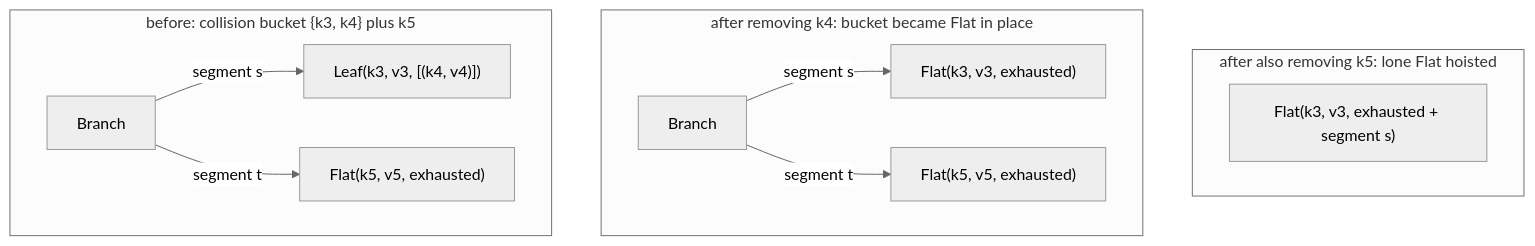
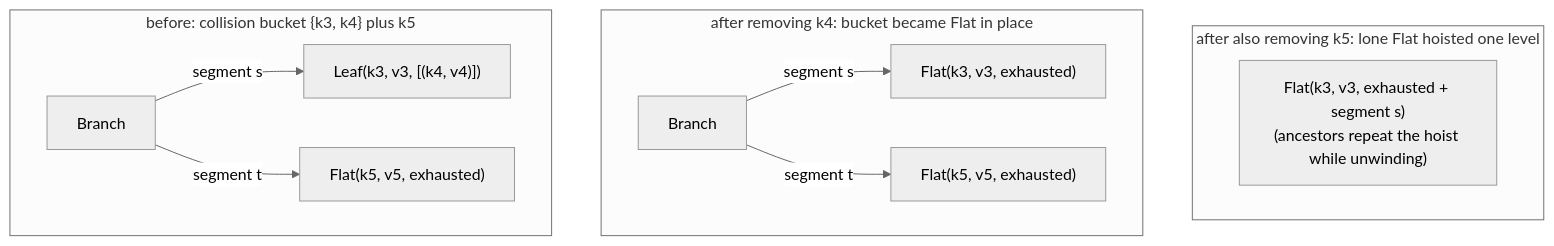
One commit to moonbitlang/core changed the second of 2 diagrams in immut/hashmap/README.mbt.md. Above: the diagram before and after it, drawn with Mermaid (neutral theme). The commit also changed other lines of this file and 1 other file, not shown here.

````diff
--- a/immut/hashmap/README.mbt.md
+++ b/immut/hashmap/README.mbt.md
@@ -207,14 +217,14 @@
 ```mermaid
 graph TD
-    subgraph step2["after also removing k5: lone Flat hoisted"]
-        C0["Flat(k3, v3, exhausted + segment s)"]
+    subgraph step2["after also removing k5: lone Flat hoisted one level"]
+        C0["Flat(k3, v3, exhausted + segment s)<br/>(ancestors repeat the hoist while unwinding)"]
     end
     subgraph step1["after removing k4: bucket became Flat in place"]
         B0["Branch"] -->|"segment s"| B1["Flat(k3, v3, exhausted)"]
         B0 -->|"segment t"| B2["Flat(k5, v5, exhausted)"]
     end
     subgraph step0["before: collision bucket {k3, k4} plus k5"]
         A0["Branch"] -->|"segment s"| A1["Leaf(k3, v3, [(k4, v4)])"]
         A0 -->|"segment t"| A2["Flat(k5, v5, exhausted)"]
     end
 ```
````
